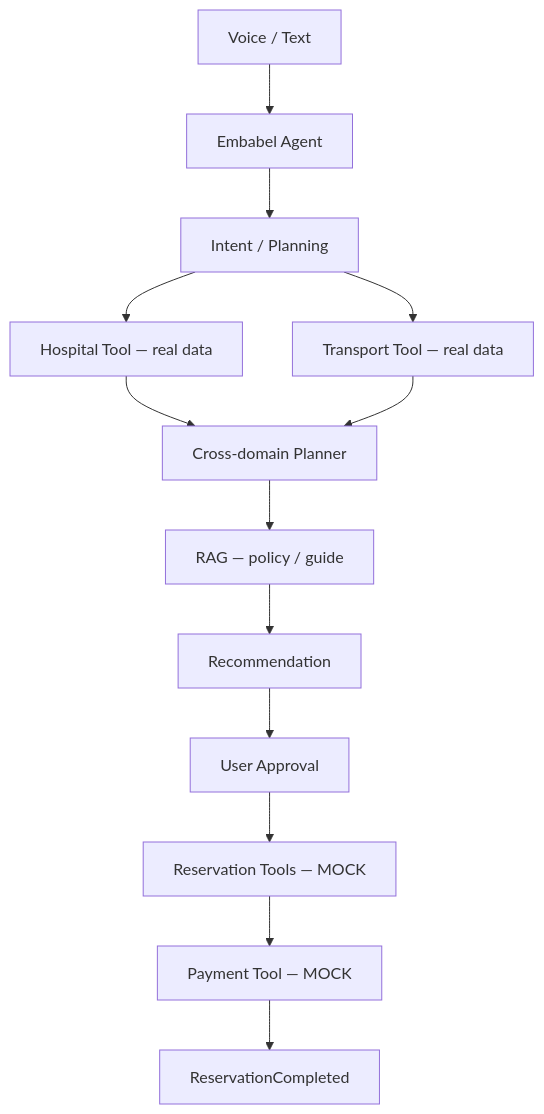
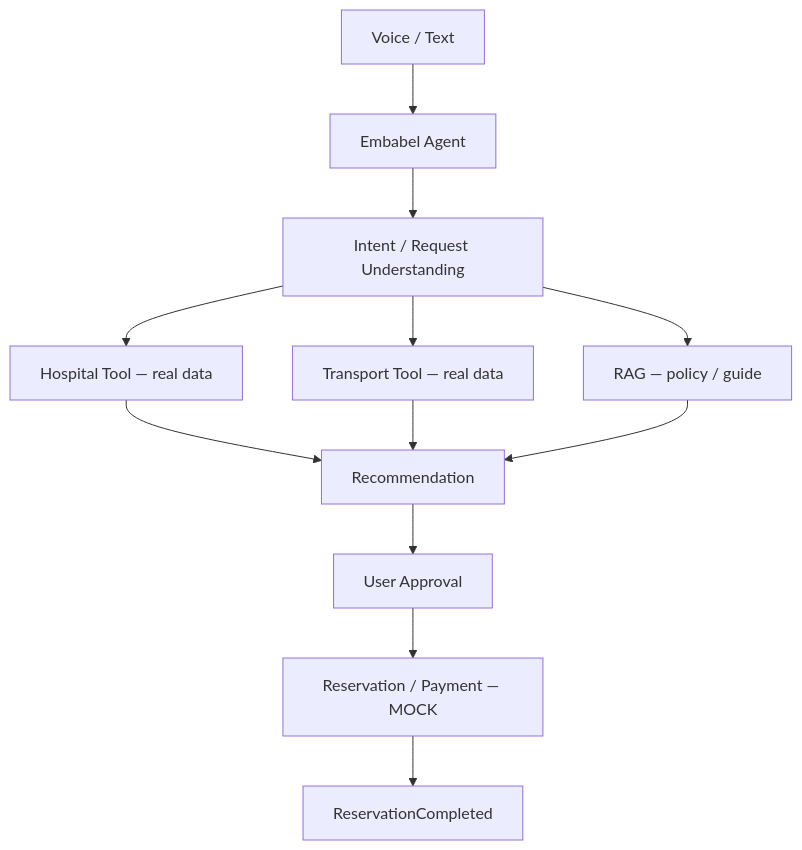
Before and after one commit to tonylee221b/domi-agent: the second of 2 diagrams in docs/PROJECT.md, drawn with Mermaid. The commit also changed other lines of this file and 23 other files, not shown here.

````diff
--- a/docs/PROJECT.md
+++ b/docs/PROJECT.md
@@ -161,15 +139,14 @@
 ```mermaid
 flowchart TD
     A["Voice / Text"] --> B["Embabel Agent"]
-    B --> C["Intent / Planning"]
+    B --> C["Intent / Request Understanding"]
     C --> D["Hospital Tool — real data"]
     C --> E["Transport Tool — real data"]
-    D --> F["Cross-domain Planner"]
-    E --> F
-    F --> G["RAG — policy / guide"]
-    G --> H["Recommendation"]
-    H --> I["User Approval"]
-    I --> J["Reservation Tools — MOCK"]
-    J --> K["Payment Tool — MOCK"]
-    K --> L["ReservationCompleted"]
+    C --> F["RAG — policy / guide"]
+    D --> G["Recommendation"]
+    E --> G
+    F --> G
+    G --> H["User Approval"]
+    H --> I["Reservation / Payment — MOCK"]
+    I --> J["ReservationCompleted"]
 ```
````
